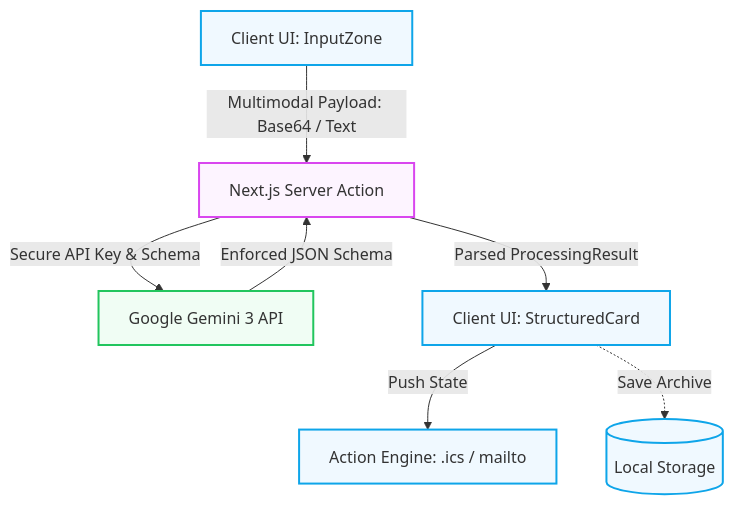
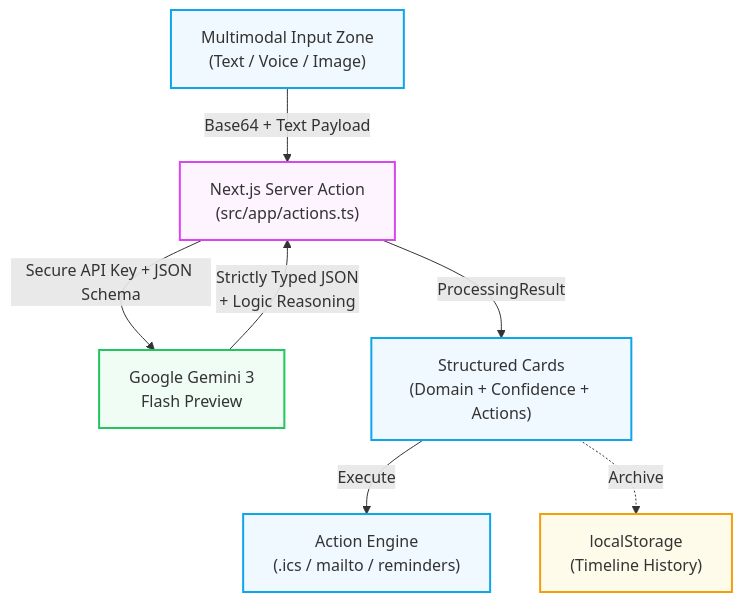
The first of 3 diagrams in README.md (DecentralizedJM/PromptWar), drawn with Mermaid before and after one commit. The commit also changed other lines of this file, not shown here.

````diff
--- a/README.md
+++ b/README.md
@@ -28,13 +55,14 @@
 ```mermaid
 graph TD
-    classDef client fill:#f0f9ff,stroke:#0ea5e9,stroke-width:2px;
-    classDef server fill:#fdf4ff,stroke:#d946ef,stroke-width:2px;
-    classDef ai fill:#f0fdf4,stroke:#22c55e,stroke-width:2px;
+    classDef client fill:#f0f9ff,stroke:#0ea5e9,stroke-width:2px
+    classDef server fill:#fdf4ff,stroke:#d946ef,stroke-width:2px
+    classDef ai fill:#f0fdf4,stroke:#22c55e,stroke-width:2px
+    classDef store fill:#fffbeb,stroke:#f59e0b,stroke-width:2px
 
-    Client[Client UI: InputZone]:::client -->|Multimodal Payload: Base64 / Text| ServerAction[Next.js Server Action]:::server
-    ServerAction -->|Secure API Key & Schema| Gemini[Google Gemini 3 API]:::ai
-    Gemini -->|Enforced JSON Schema| ServerAction
-    ServerAction -->|Parsed ProcessingResult| ClientUI[Client UI: StructuredCard]:::client
-    ClientUI -->|Push State| ActionEngine[Action Engine: .ics / mailto]:::client
-    ClientUI -.->|Save Archive| LocalStorage[(Local Storage)]:::client
+    Input["Multimodal Input Zone<br/>(Text / Voice / Image)"]:::client -->|Base64 + Text Payload| SA["Next.js Server Action<br/>(src/app/actions.ts)"]:::server
+    SA -->|Secure API Key + JSON Schema| Gemini["Google Gemini 3<br/>Flash Preview"]:::ai
+    Gemini -->|Strictly Typed JSON<br/>+ Logic Reasoning| SA
+    SA -->|ProcessingResult| Cards["Structured Cards<br/>(Domain + Confidence + Actions)"]:::client
+    Cards -->|Execute| Actions["Action Engine<br/>(.ics / mailto / reminders)"]:::client
+    Cards -.->|Archive| LS["localStorage<br/>(Timeline History)"]:::store
 ```
````
